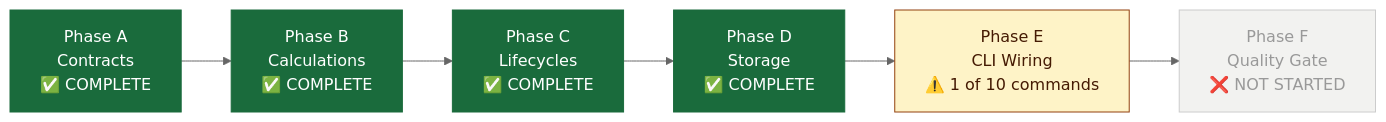
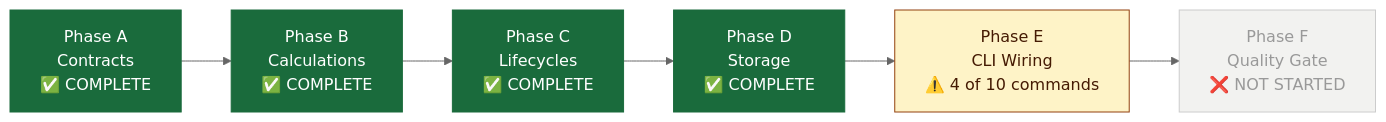
The third of 25 diagrams in Docs/stage1_implementation_status.md (MoaminShikha/student-expense-tracker), drawn with Mermaid (neutral theme) before and after one commit. The commit also changed other lines of this file and 4 other files, not shown here.

````diff
--- a/Docs/stage1_implementation_status.md
+++ b/Docs/stage1_implementation_status.md
@@ -59,15 +59,15 @@
 ```mermaid
 graph LR
     A["Phase A\nContracts\n✅ COMPLETE"]:::done
     B["Phase B\nCalculations\n✅ COMPLETE"]:::done
     C["Phase C\nLifecycles\n✅ COMPLETE"]:::done
     D["Phase D\nStorage\n✅ COMPLETE"]:::done
-    E["Phase E\nCLI Wiring\n⚠️ 1 of 10 commands"]:::partial
+    E["Phase E\nCLI Wiring\n⚠️ 4 of 10 commands"]:::partial
     F["Phase F\nQuality Gate\n❌ NOT STARTED"]:::todo
 
     A --> B --> C --> D --> E --> F
 
     classDef done fill:#1a6b3c,stroke:#1a6b3c,color:#fff
     classDef todo fill:#f2f2f0,stroke:#ccc,color:#999
     classDef partial fill:#fef3c7,stroke:#92400e,color:#451a03
 ```
````
